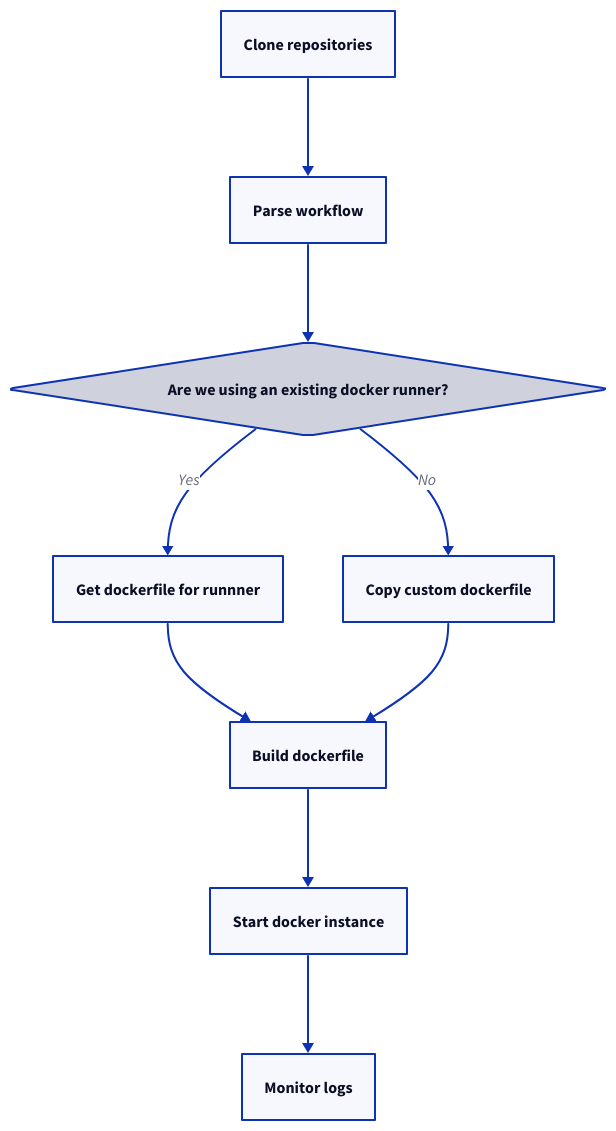
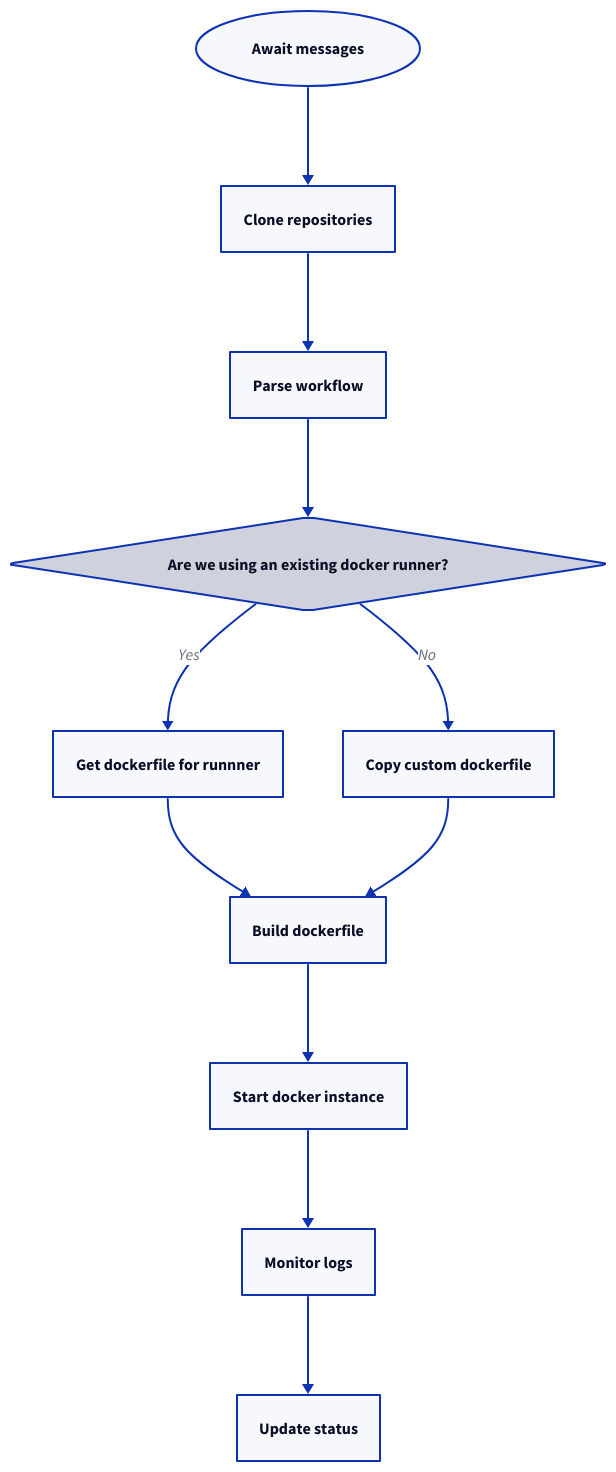
The diagram in docs/graphs/test_worker.d2 (EtienneDx/git-mentor), drawn with D2 before and after one commit. The commit also changed 3 other files, not shown here.

Commit message:
docs: updated git process and test worker graphs

```diff
--- a/docs/graphs/test_worker.d2
+++ b/docs/graphs/test_worker.d2
@@ -1,13 +1,17 @@
 direction: down
+await_messages: "Await messages" {
+  shape: oval
+}
 existing_runner: Are we using an existing docker runner? {
   shape: diamond
 }
 get_dockerfile: "Get dockerfile for runnner"
 copy_custom: "Copy custom dockerfile"
 build: "Build dockerfile"
-"Clone repositories" -> "Parse workflow" -> existing_runner
+
+await_messages -> "Clone repositories" -> "Parse workflow" -> existing_runner
 existing_runner -> get_dockerfile: Yes
 existing_runner -> copy_custom: No
 get_dockerfile -> build
 copy_custom -> build
-build -> "Start docker instance" -> "Monitor logs"
+build -> "Start docker instance" -> "Monitor logs" -> Update status
```
